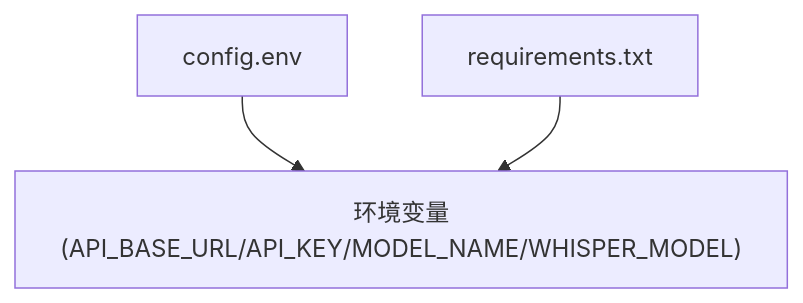
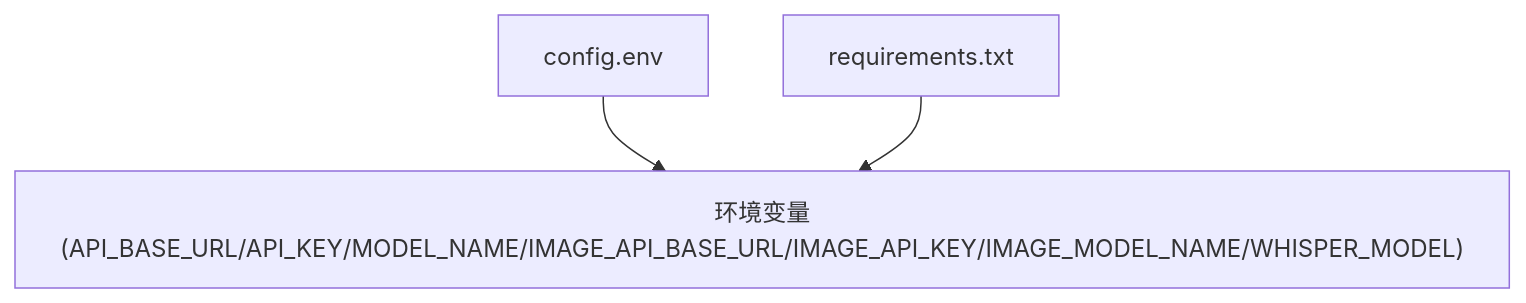
The sixth of 6 diagrams in .qoder/repowiki/zh/content/配置和定制/Prompt定制.md (WongMingJiu/landingpage-test-hero-page), drawn with Mermaid before and after one commit. The commit also changed other lines of this file and 4 other files, not shown here.

First line of the commit message:
feat: 生图输出尺寸改为 750x1125（API 生成 1024x1536 后 Pillow 缩放）

````diff
--- a/.qoder/repowiki/zh/content/配置和定制/Prompt定制.md
+++ b/.qoder/repowiki/zh/content/配置和定制/Prompt定制.md
@@ -284,8 +370,8 @@
 ```mermaid
 graph TB
 CFG["config.env"]
 REQ["requirements.txt"]
-ENV["环境变量(API_BASE_URL/API_KEY/MODEL_NAME/WHISPER_MODEL)"]
+ENV["环境变量(API_BASE_URL/API_KEY/MODEL_NAME/IMAGE_API_BASE_URL/IMAGE_API_KEY/IMAGE_MODEL_NAME/WHISPER_MODEL)"]
 CFG --> ENV
 REQ --> ENV
 ```
````
